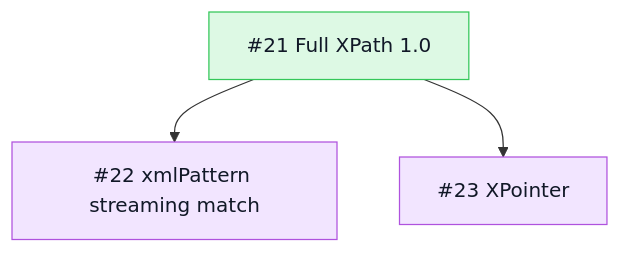
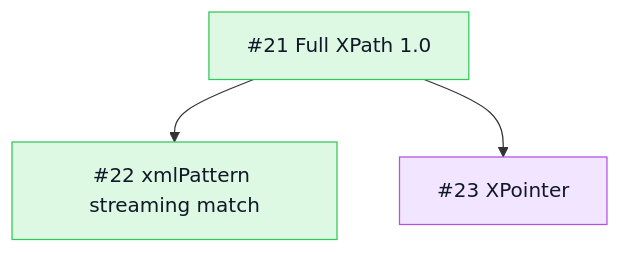
The third of 5 diagrams in README.md (mihaelamj/PureXML), drawn with Mermaid before and after one commit. The commit also changed 7 other files, not shown here.

First line of the commit message:
feat(pattern): streaming xmlPattern matching

````diff
--- a/README.md
+++ b/README.md
@@ -86,12 +86,12 @@
 ```mermaid
 flowchart TB
   classDef done fill:#ddf9e4,stroke:#34c759,color:#111827
   classDef review fill:#fff7d6,stroke:#ffcc00,color:#111827
   classDef epic fill:#f2e5ff,stroke:#af52de,color:#111827
   classDef todo fill:#f2f4f7,stroke:#8e8e93,color:#111827
   XPathFull["#21 Full XPath 1.0"]:::done
-  Pattern["#22 xmlPattern streaming match"]:::epic
+  Pattern["#22 xmlPattern streaming match"]:::done
   XPointer["#23 XPointer"]:::epic
   XPathFull --> Pattern
   XPathFull --> XPointer
 ```
````
